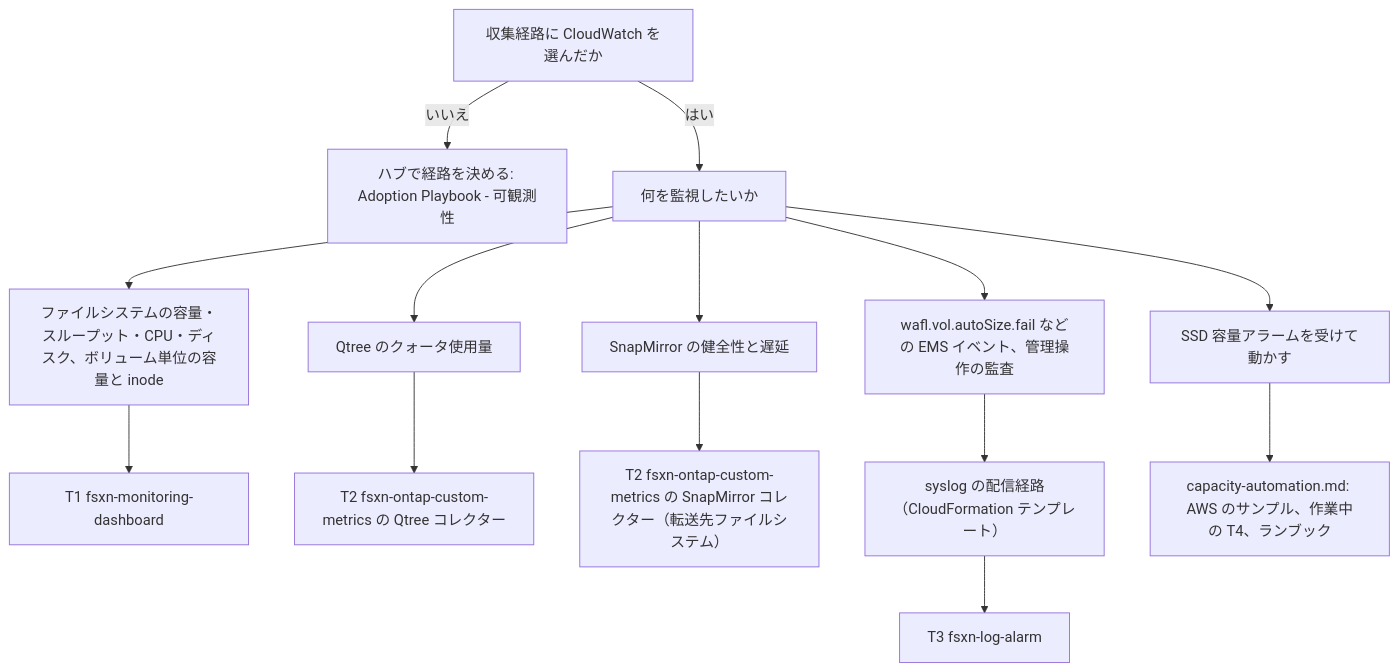
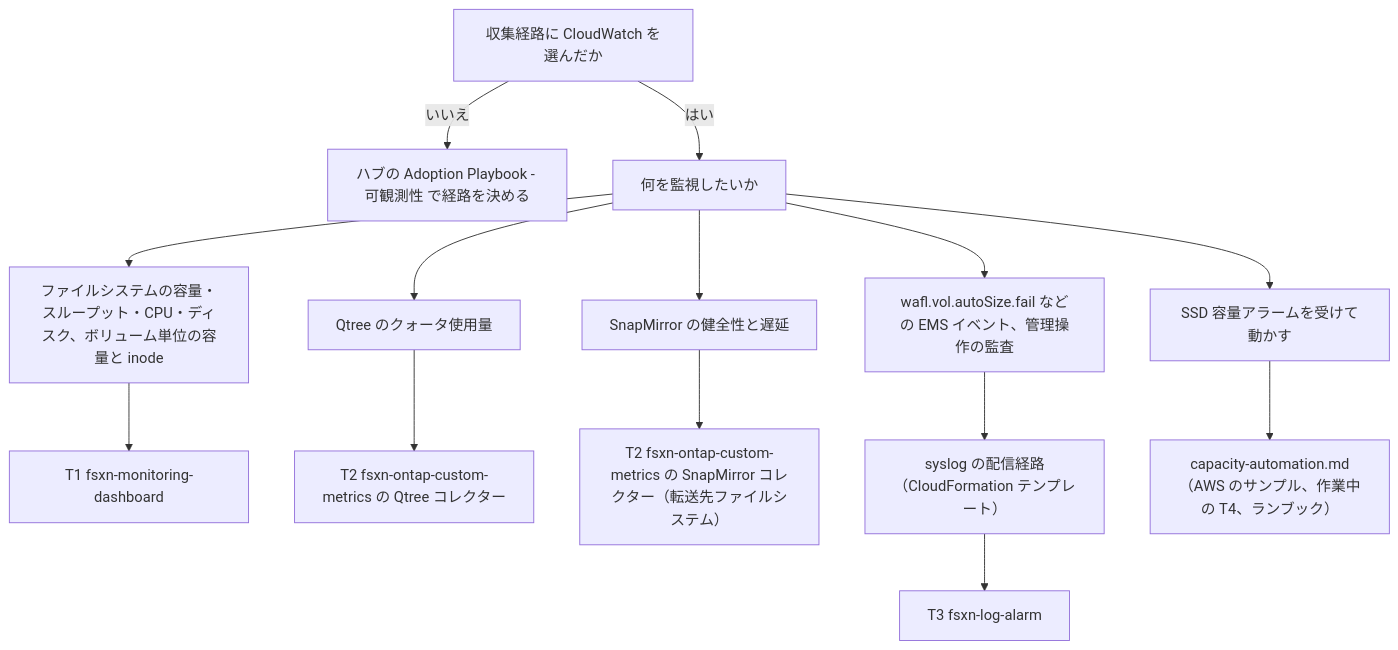
The diagram in docs/ja/terraform-monitoring-guide.md (Yoshiki0705/FSx-for-ONTAP-Observability-integrations), drawn with Mermaid before and after one commit. The commit also changed other lines of this file and 2 other files, not shown here.

````diff
--- a/docs/ja/terraform-monitoring-guide.md
+++ b/docs/ja/terraform-monitoring-guide.md
@@ -82,16 +82,16 @@
 ```mermaid
 flowchart TD
-    A["収集経路に CloudWatch を選んだか"] -->|いいえ| H["ハブで経路を決める: Adoption Playbook - 可観測性"]
+    A["収集経路に CloudWatch を選んだか"] -->|いいえ| H["ハブの Adoption Playbook - 可観測性 で経路を決める"]
     A -->|はい| B["何を監視したいか"]
     B --> C["ファイルシステムの容量・スループット・CPU・ディスク、ボリューム単位の容量と inode"]
     C --> T1["T1 fsxn-monitoring-dashboard"]
     B --> D["Qtree のクォータ使用量"]
     D --> T2Q["T2 fsxn-ontap-custom-metrics の Qtree コレクター"]
     B --> E["SnapMirror の健全性と遅延"]
     E --> T2S["T2 fsxn-ontap-custom-metrics の SnapMirror コレクター（転送先ファイルシステム）"]
     B --> F["wafl.vol.autoSize.fail などの EMS イベント、管理操作の監査"]
     F --> S["syslog の配信経路（CloudFormation テンプレート）"]
     S --> T3["T3 fsxn-log-alarm"]
     B --> G["SSD 容量アラームを受けて動かす"]
-    G --> CA["capacity-automation.md: AWS のサンプル、作業中の T4、ランブック"]
+    G --> CA["capacity-automation.md（AWS のサンプル、作業中の T4、ランブック）"]
 ```
````
